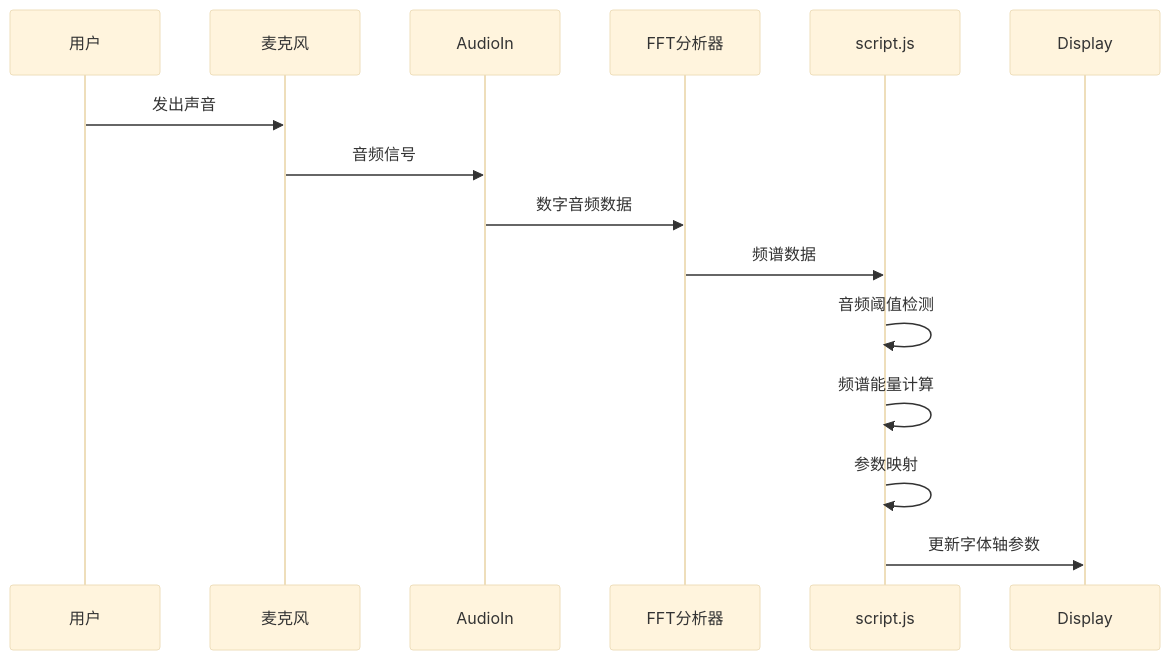
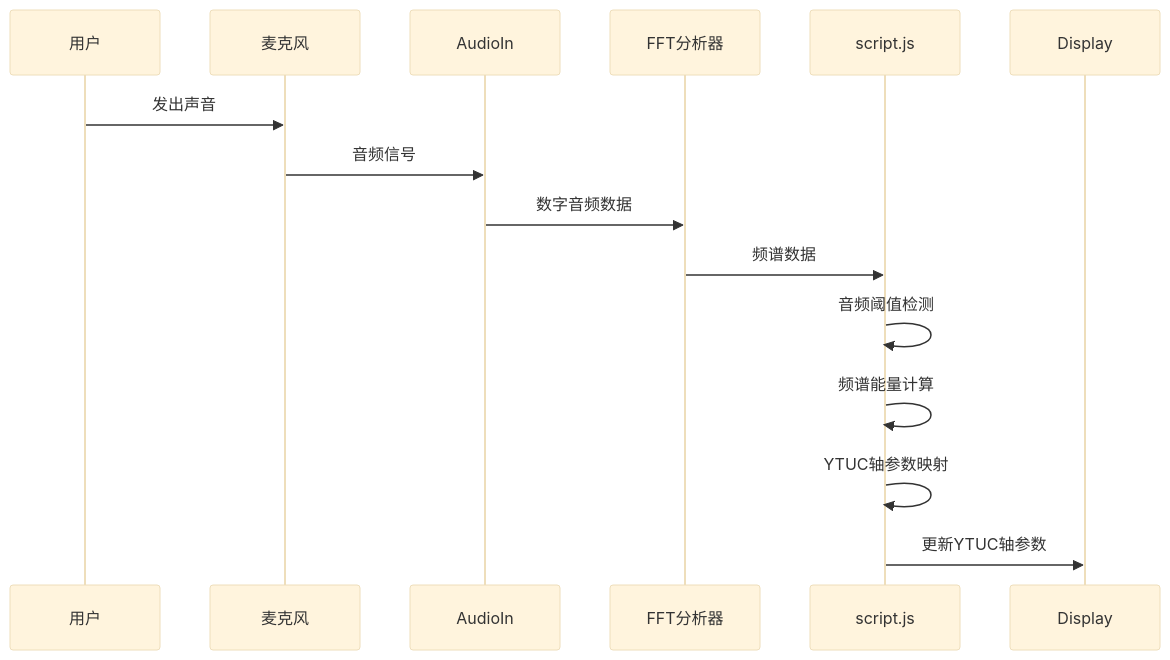
Before and after one commit to db300/MySymphosizer: the second of 9 diagrams in .qoder/repowiki/zh/content/核心架构设计/字体渲染引擎/字体轴参数控制.md, drawn with Mermaid (base theme). The commit also changed other lines of this file and 5 other files, not shown here.

````diff
--- a/.qoder/repowiki/zh/content/核心架构设计/字体渲染引擎/字体轴参数控制.md
+++ b/.qoder/repowiki/zh/content/核心架构设计/字体渲染引擎/字体轴参数控制.md
@@ -83,16 +87,16 @@
 ```mermaid
 sequenceDiagram
 participant User as 用户
 participant Mic as 麦克风
 participant AudioIn as AudioIn
 participant FFT as FFT分析器
 participant Script as script.js
 User->>Mic : 发出声音
 Mic->>AudioIn : 音频信号
 AudioIn->>FFT : 数字音频数据
 FFT->>Script : 频谱数据
 Script->>Script : 音频阈值检测
 Script->>Script : 频谱能量计算
-Script->>Script : 参数映射
-Script->>Display : 更新字体轴参数
+Script->>Script : YTUC轴参数映射
+Script->>Display : 更新YTUC轴参数
 ```
````
